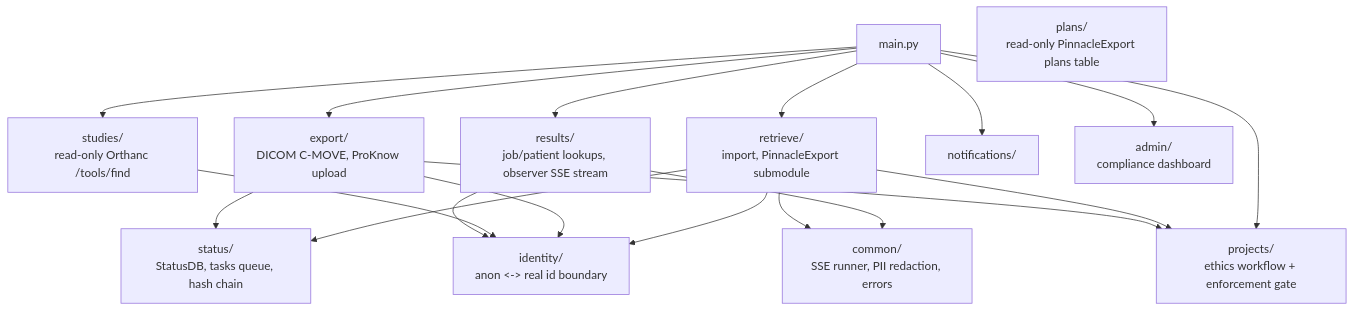
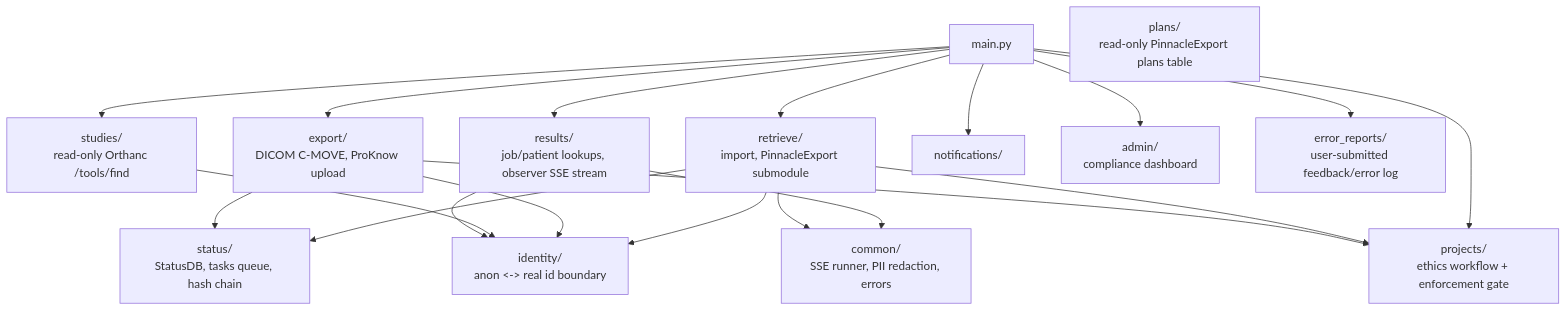
The diagram in .architecture/domains/backend.md (Christie-Scientific-Computing/HERMES), drawn with Mermaid before and after one commit. The commit also changed other lines of this file and 2 other files, not shown here.

First line of the commit message:
Refresh architecture map for the ui-polish round + db-heads-merge changes

````diff
--- a/.architecture/domains/backend.md
+++ b/.architecture/domains/backend.md
@@ -16,33 +16,35 @@
 ```mermaid
 graph TD
     MAIN[main.py]
     RETRIEVE[retrieve/\nimport, PinnacleExport submodule]
     EXPORT[export/\nDICOM C-MOVE, ProKnow upload]
     RESULTS[results/\njob/patient lookups, observer SSE stream]
     STUDIES[studies/\nread-only Orthanc /tools/find]
     PROJECTS[projects/\nethics workflow + enforcement gate]
     STATUS[status/\nStatusDB, tasks queue, hash chain]
     IDENTITY[identity/\nanon <-> real id boundary]
     NOTIFICATIONS[notifications/]
     ADMIN[admin/\ncompliance dashboard]
     PLANS[plans/\nread-only PinnacleExport plans table]
+    ERRORREPORTS[error_reports/\nuser-submitted feedback/error log]
     COMMON[common/\nSSE runner, PII redaction, errors]
 
     MAIN --> RETRIEVE
     MAIN --> EXPORT
     MAIN --> RESULTS
     MAIN --> STUDIES
     MAIN --> PROJECTS
     MAIN --> ADMIN
     MAIN --> NOTIFICATIONS
+    MAIN --> ERRORREPORTS
     RETRIEVE --> STATUS
     EXPORT --> STATUS
     RETRIEVE --> IDENTITY
     EXPORT --> IDENTITY
     STUDIES --> IDENTITY
     RESULTS --> IDENTITY
     RETRIEVE --> PROJECTS
     EXPORT --> PROJECTS
     RESULTS --> COMMON
     RETRIEVE --> COMMON
 ```
````
